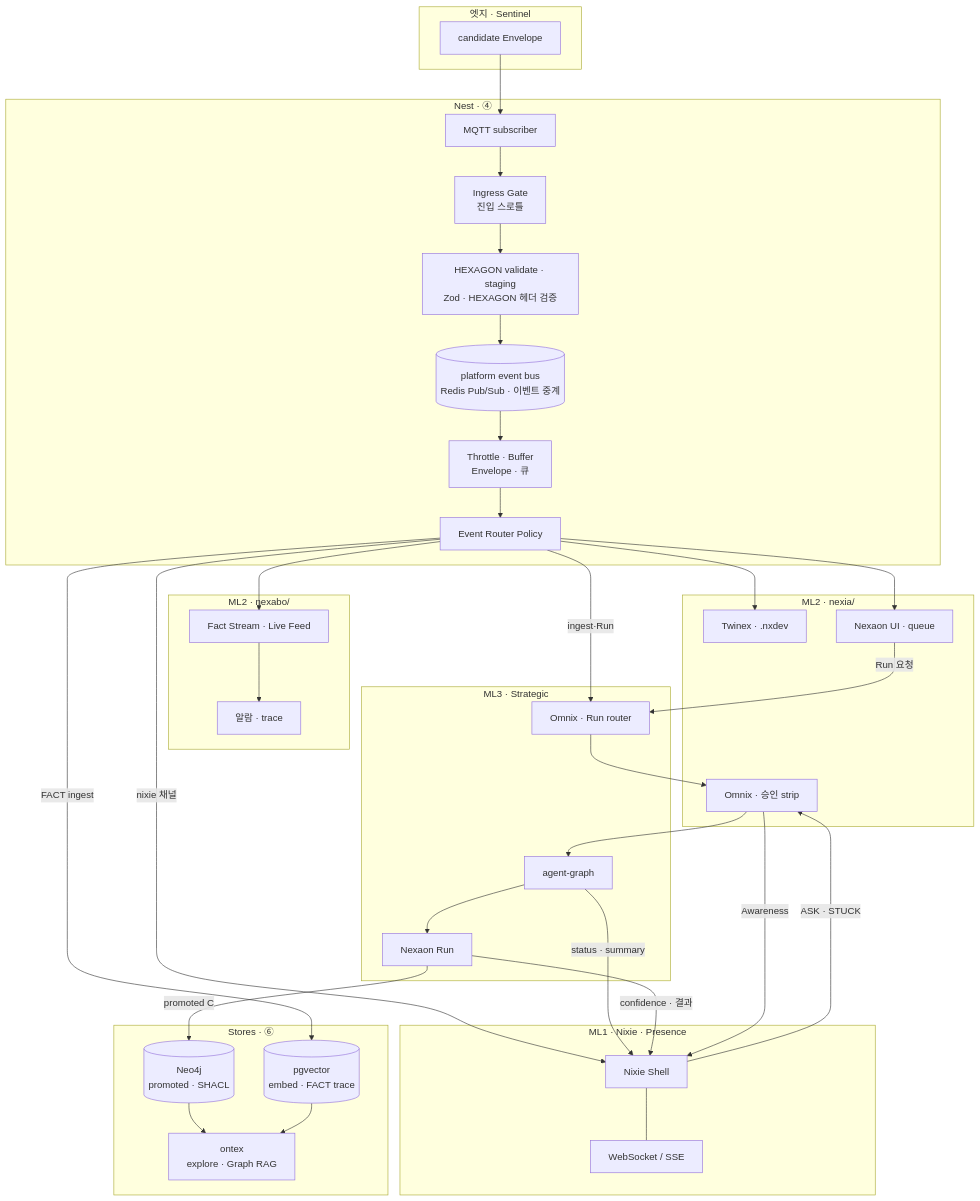
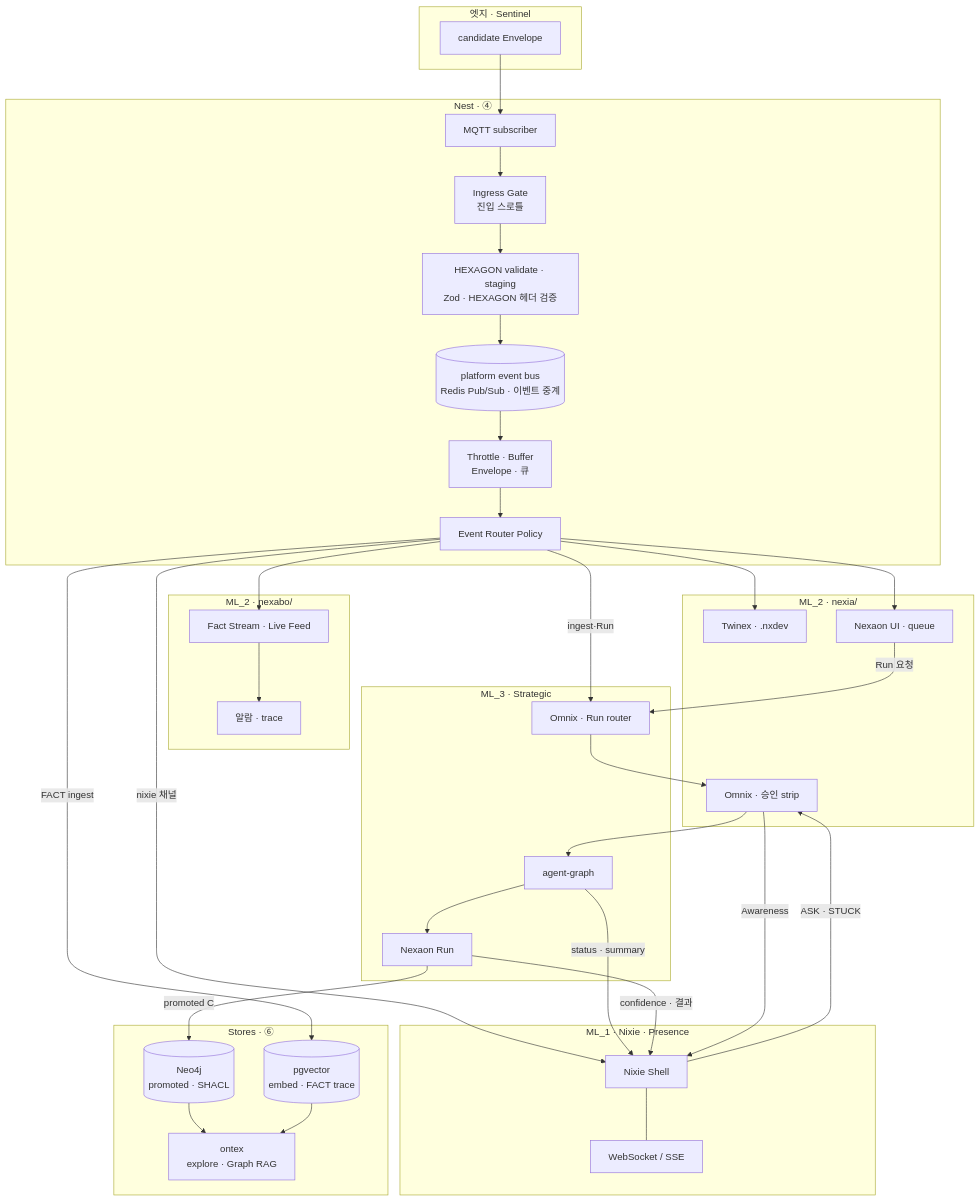
The fourth of 8 diagrams in NEXA V2.0/APP_V2.0/08_TDD/NEXIA/08_TDD_NEXIA_IoT엣지데이터파이프라인_HEXAGON_Nexaon연계_v1.0.md (U2SOUTION/NEXA), drawn with Mermaid before and after one commit. The commit also changed other lines of this file and 37 other files, not shown here.

````diff
--- a/NEXA V2.0/APP_V2.0/08_TDD/NEXIA/08_TDD_NEXIA_IoT엣지데이터파이프라인_HEXAGON_Nexaon연계_v1.0.md
+++ b/NEXA V2.0/APP_V2.0/08_TDD/NEXIA/08_TDD_NEXIA_IoT엣지데이터파이프라인_HEXAGON_Nexaon연계_v1.0.md
@@ -345,64 +345,64 @@
 ```mermaid
 flowchart TB
   subgraph edge [엣지 · Sentinel]
     CR[candidate Envelope]
   end
 
   subgraph nest [Nest · ④]
     MQTT[MQTT subscriber]
     IG["Ingress Gate<br/>진입 스로틀"]
     ST["HEXAGON validate · staging<br/>Zod · HEXAGON 헤더 검증"]
     BUS[(platform event bus<br/>Redis Pub/Sub · 이벤트 중계)]
     TB["Throttle · Buffer<br/>Envelope · 큐"]
     ERP[Event Router Policy]
     CR --> MQTT --> IG --> ST --> BUS --> TB --> ERP
   end
 
-  subgraph ML1 [ML1 · Nixie · Presence]
+  subgraph ML_1 [ML_1 · Nixie · Presence]
     NI[Nixie Shell]
     WS[WebSocket / SSE]
     NI --- WS
   end
 
-  subgraph ML2a [ML2 · nexabo/]
+  subgraph ML2a [ML_2 · nexabo/]
     LF[Fact Stream · Live Feed]
     AL[알람 · trace]
   end
 
-  subgraph ML2b [ML2 · nexia/]
+  subgraph ML2b [ML_2 · nexia/]
     TW[Twinex · .nxdev]
     NUI[Nexaon UI · queue]
     OM[Omnix · 승인 strip]
   end
 
-  subgraph ML3 [ML3 · Strategic]
+  subgraph ML_3 [ML_3 · Strategic]
     RR[Omnix · Run router]
     AG[agent-graph]
     NX[Nexaon Run]
   end
 
   subgraph stores [Stores · ⑥]
     PG[(pgvector<br/>embed · FACT trace)]
     N4[(Neo4j<br/>promoted · SHACL)]
     OT["ontex<br/>explore · Graph RAG"]
   end
 
   ERP --> LF
   ERP --> TW
   ERP --> NUI
   ERP -->|nixie 채널| NI
   ERP -->|ingest·Run| RR
   ERP -->|FACT ingest| PG
   LF --> AL
   NUI -->|Run 요청| RR
   RR --> OM
   OM --> AG
   AG --> NX
   NX -->|promoted C| N4
   N4 --> OT
   PG --> OT
   AG -->|status · summary| NI
   NX -->|confidence · 결과| NI
   OM -->|Awareness| NI
   NI -->|ASK · STUCK| OM
 ```
````
